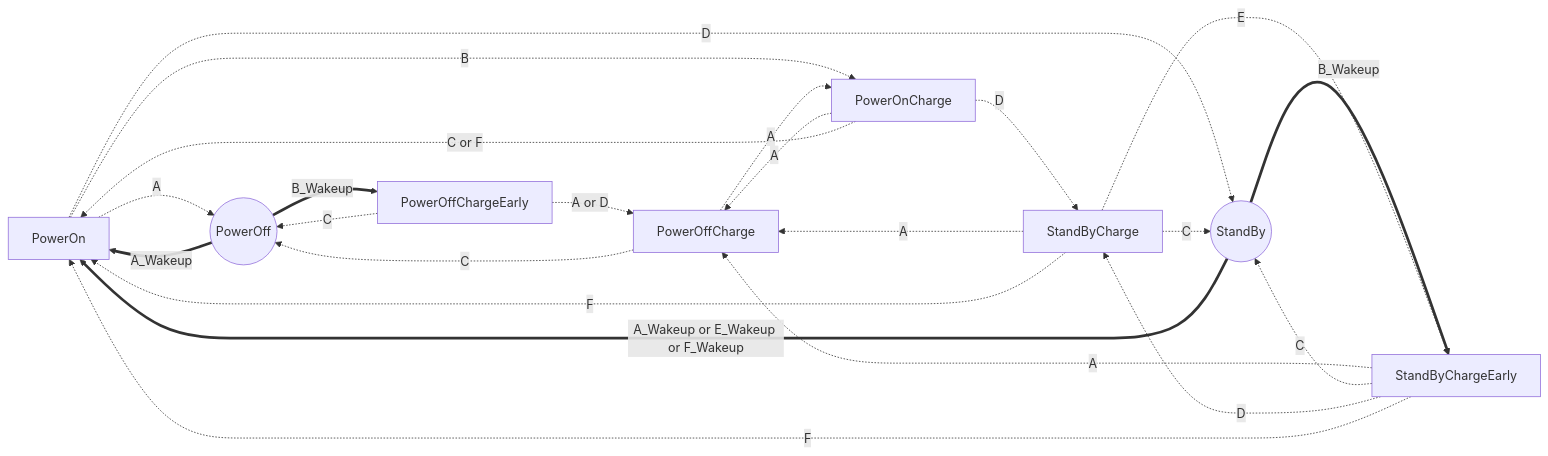
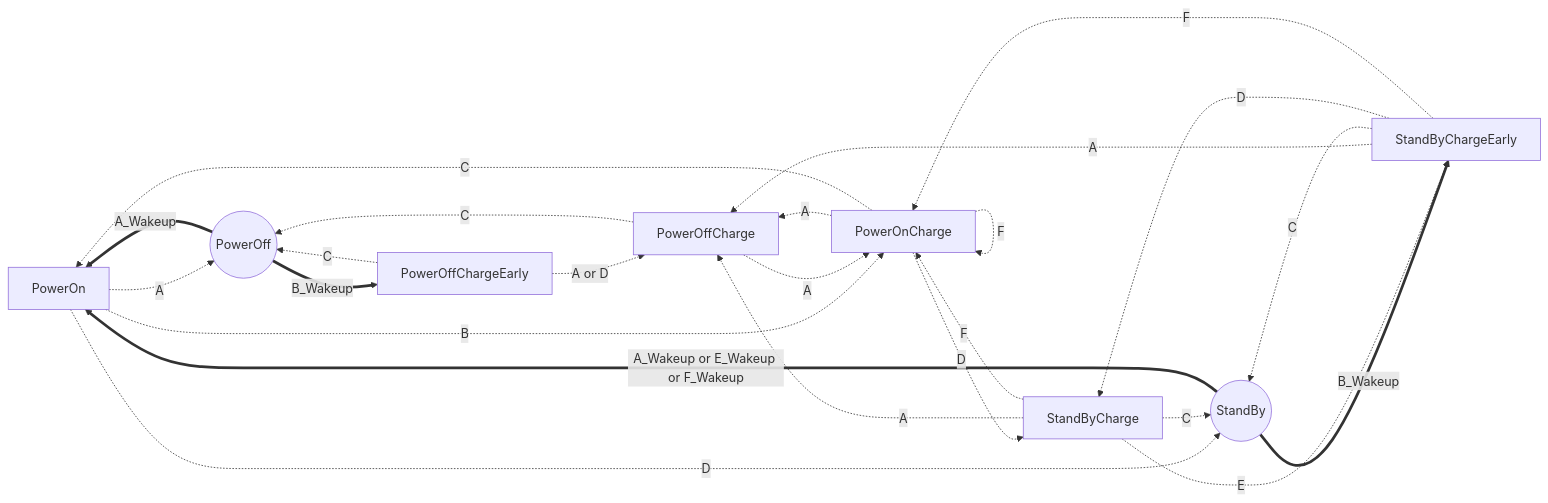
Before and after one commit to heray1990/P201-Pump: the diagram in README.md, drawn with Mermaid. The commit also changed other lines of this file and 1 other file, not shown here.

Commit message:
1. [#I43CJO]水泵工作时(PowerOn 和 PowerOnCharge 两种状态), 按下 Power 键水泵停止工作. 再按下 Power 键之后浇水时间复位, 即从 Flash 重新获取数值 2. 修改部分状态转换的逻辑错误: PowerOnCharge, StandByChargeEarly 和 StandByCharge 三种状态下, 如果到了浇水时间, 应该转成 PowerOnCharge 状态而不是 PowerOn 3. 对应更新 README.md 中的状态转换流程图

````diff
--- a/README.md
+++ b/README.md
@@ -128,25 +128,26 @@
 ```mermaid
 graph LR
 	0u[PowerOn] -. A .-> 5u((PowerOff))
 	0u[PowerOn] -. B .-> 1u[PowerOnCharge]
 	0u[PowerOn] -. D .-> 2u((StandBy))
 	1u[PowerOnCharge] -. A .-> 7u[PowerOffCharge]
-	1u[PowerOnCharge] -. C or F .-> 0u[PowerOn]
+	1u[PowerOnCharge] -. C .-> 0u[PowerOn]
 	1u[PowerOnCharge] -. D .-> 4u[StandByCharge]
+	1u[PowerOnCharge] -. F .-> 1u[PowerOnCharge]
 	2u((StandBy)) == A_Wakeup or E_Wakeup or F_Wakeup ==> 0u[PowerOn]
 	2u((StandBy)) == B_Wakeup ==> 3u[StandByChargeEarly]
 	3u[StandByChargeEarly] -. A .-> 7u[PowerOffCharge]
 	3u[StandByChargeEarly] -. C .-> 2u((StandBy))
 	3u[StandByChargeEarly] -. D .-> 4u[StandByCharge]
-	3u[StandByChargeEarly] -. F .-> 0u[PowerOn]
+	3u[StandByChargeEarly] -. F .-> 1u[PowerOnCharge]
 	4u[StandByCharge] -. A .-> 7u[PowerOffCharge]
 	4u[StandByCharge] -. C .-> 2u((StandBy))
 	4u[StandByCharge] -. E .-> 3u[StandByChargeEarly]
-	4u[StandByCharge] -. F .-> 0u[PowerOn]
+	4u[StandByCharge] -. F .-> 1u[PowerOnCharge]
 	5u((PowerOff)) == A_Wakeup ==> 0u[PowerOn]
 	5u((PowerOff)) == B_Wakeup ==> 6u[PowerOffChargeEarly]
 	6u[PowerOffChargeEarly] -. A or D .-> 7u[PowerOffCharge]
 	6u[PowerOffChargeEarly] -. C .-> 5u((PowerOff))
 	7u[PowerOffCharge] -. A .-> 1u[PowerOnCharge]
 	7u[PowerOffCharge] -. C .-> 5u((PowerOff))
 ```
````
